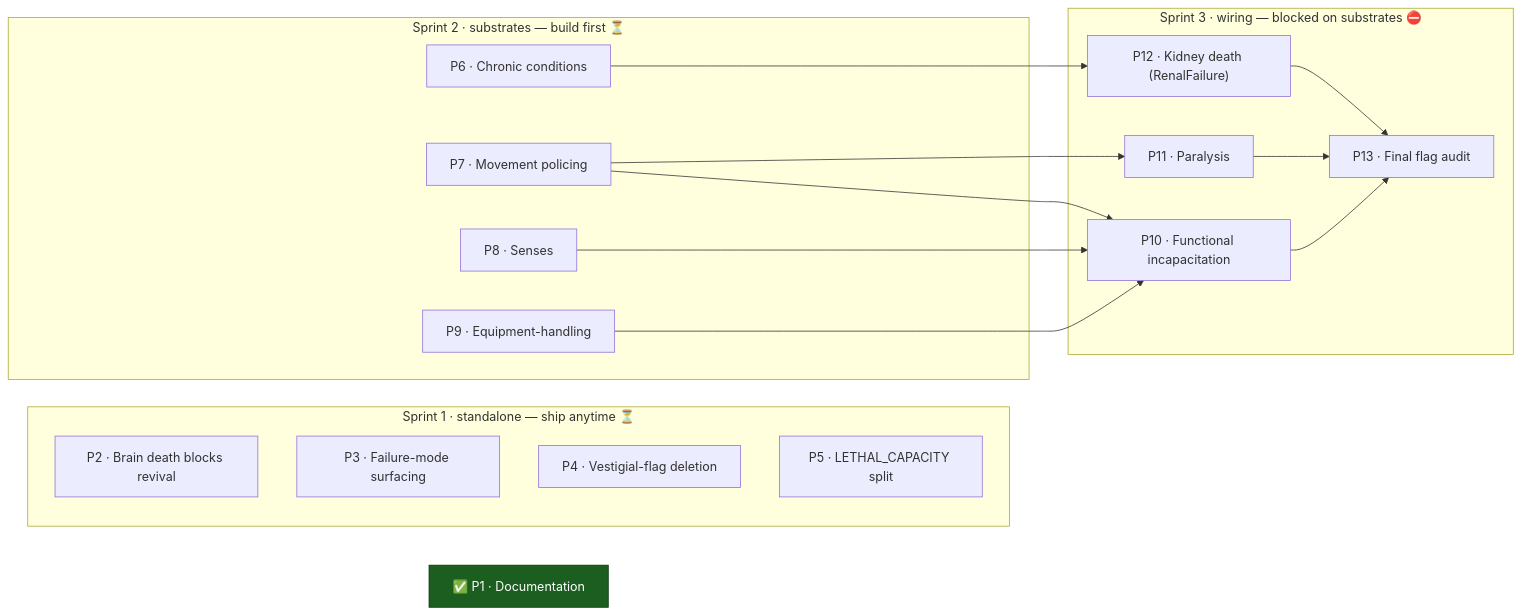
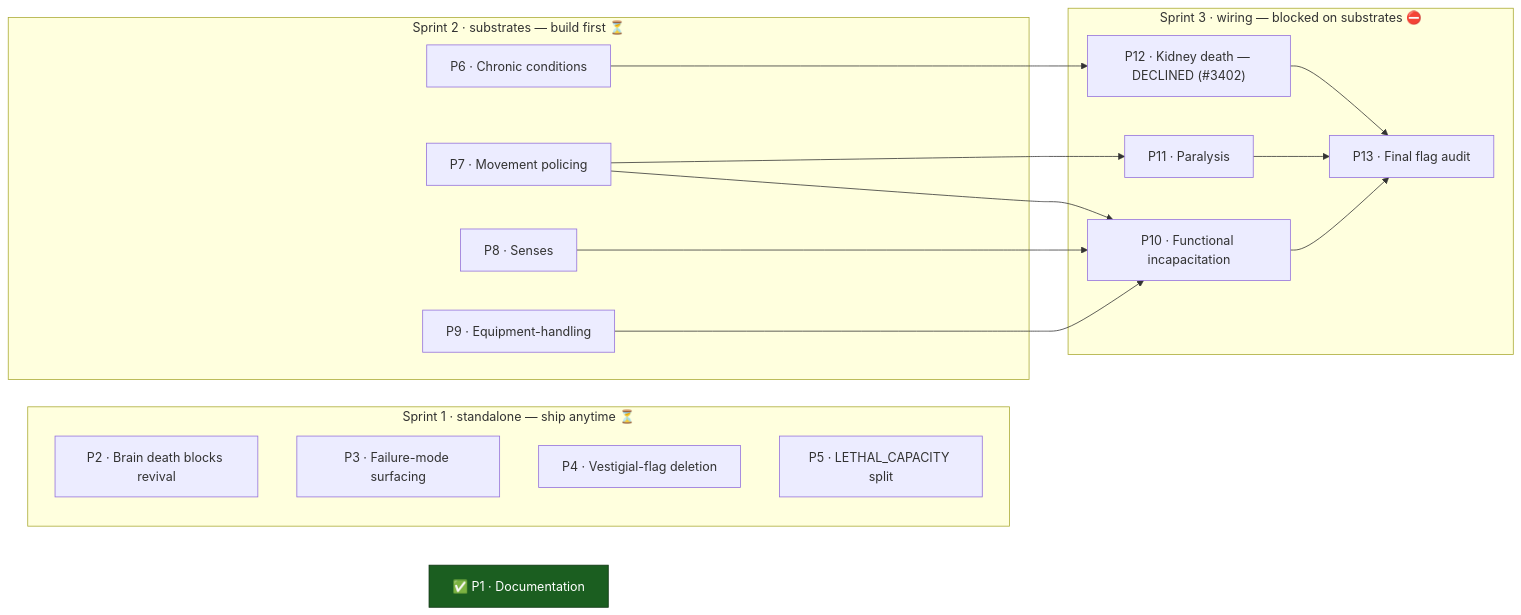
Before and after one commit to daiimus/gelatinous: the diagram in specs/roadmaps/MEDICAL_SUBSTRATE_ROADMAP.md, drawn with Mermaid. The commit also changed other lines of this file and 8 other files, not shown here.

First line of the commit message:
Renal failure weakens but does not kill, by ruling (#3650)

````diff
--- a/specs/roadmaps/MEDICAL_SUBSTRATE_ROADMAP.md
+++ b/specs/roadmaps/MEDICAL_SUBSTRATE_ROADMAP.md
@@ -35,36 +35,36 @@
 ```mermaid
 graph LR
     P1["✅ P1 · Documentation"]:::done
 
     subgraph S1["Sprint 1 · standalone — ship anytime ⏳"]
         P2["P2 · Brain death blocks revival"]
         P3["P3 · Failure-mode surfacing"]
         P4["P4 · Vestigial-flag deletion"]
         P5["P5 · LETHAL_CAPACITY split"]
     end
 
     subgraph S2["Sprint 2 · substrates — build first ⏳"]
         P6["P6 · Chronic conditions"]
         P7["P7 · Movement policing"]
         P8["P8 · Senses"]
         P9["P9 · Equipment-handling"]
     end
 
     subgraph S3["Sprint 3 · wiring — blocked on substrates ⛔"]
         P10["P10 · Functional incapacitation"]
         P11["P11 · Paralysis"]
-        P12["P12 · Kidney death (RenalFailure)"]
+        P12["P12 · Kidney death — DECLINED (#3402)"]
         P13["P13 · Final flag audit"]
     end
 
     P6 --> P12
     P7 --> P10
     P7 --> P11
     P8 --> P10
     P9 --> P10
     P10 --> P13
     P11 --> P13
     P12 --> P13
 
     classDef done fill:#1b5e20,color:#fff,stroke:#0d3311;
 ```
````
